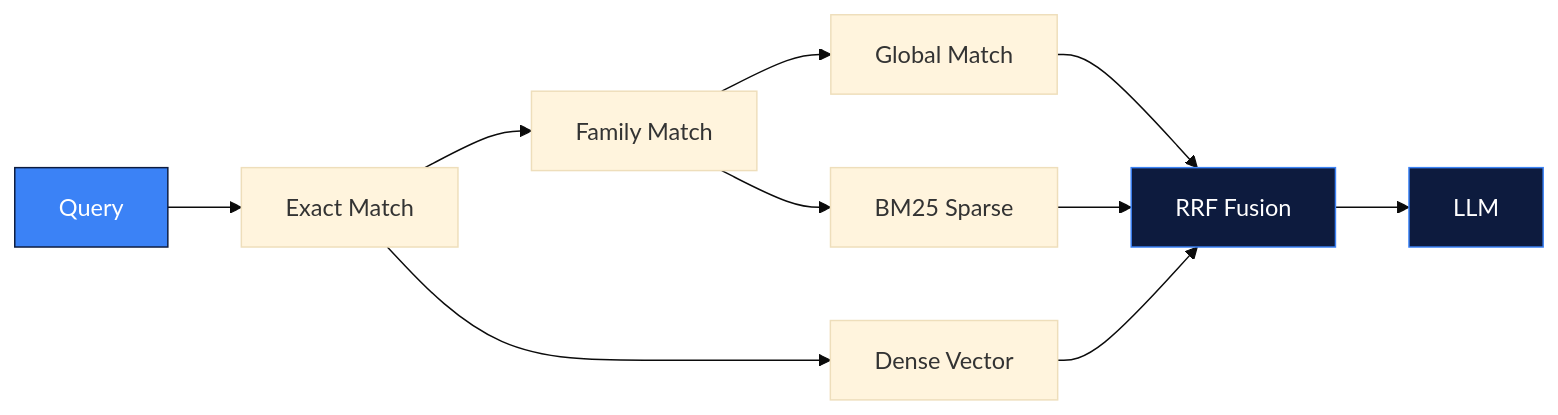
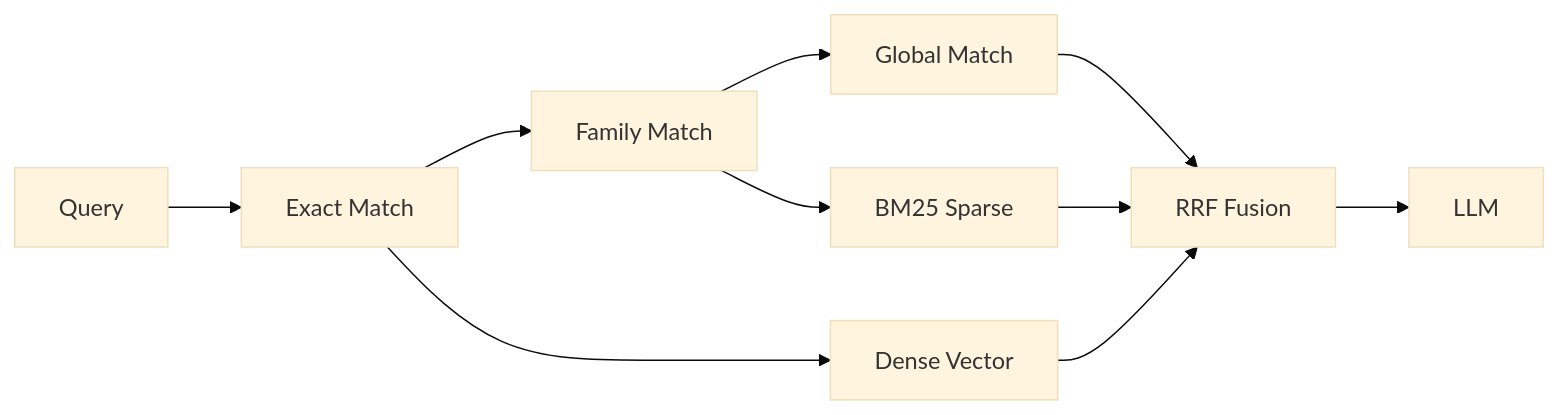
Before and after one commit to Santhosh-p653/Santhosh-p653: the fourth of 7 diagrams in README.md, drawn with Mermaid (base theme). The commit also changed other lines of this file, not shown here.

````diff
--- a/README.md
+++ b/README.md
@@ -180,16 +238,12 @@
 ```mermaid
 flowchart LR
     Q[Query] --> M1[Exact Match]
     M1 --> M2[Family Match]
     M2 --> M3[Global Match]
     M1 --> DV[Dense Vector]
     M2 --> BM[BM25 Sparse]
     M3 --> RRF[RRF Fusion]
     DV --> RRF
     BM --> RRF
     RRF --> LLM[LLM]
-
-    style Q fill:#3b82f6,stroke:#0d1b3e,color:#fff
-    style RRF fill:#0d1b3e,stroke:#3b82f6,color:#fff
-    style LLM fill:#0d1b3e,stroke:#3b82f6,color:#fff
 ```
````
